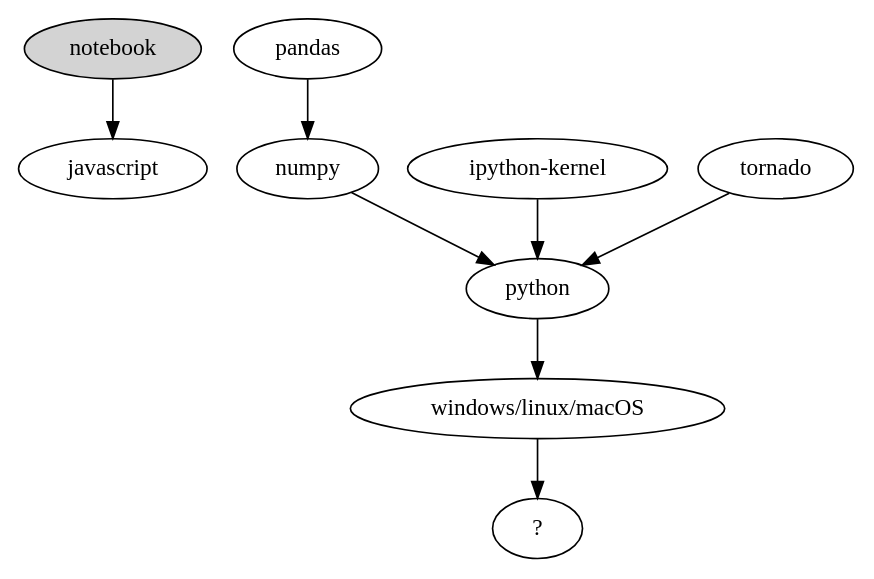
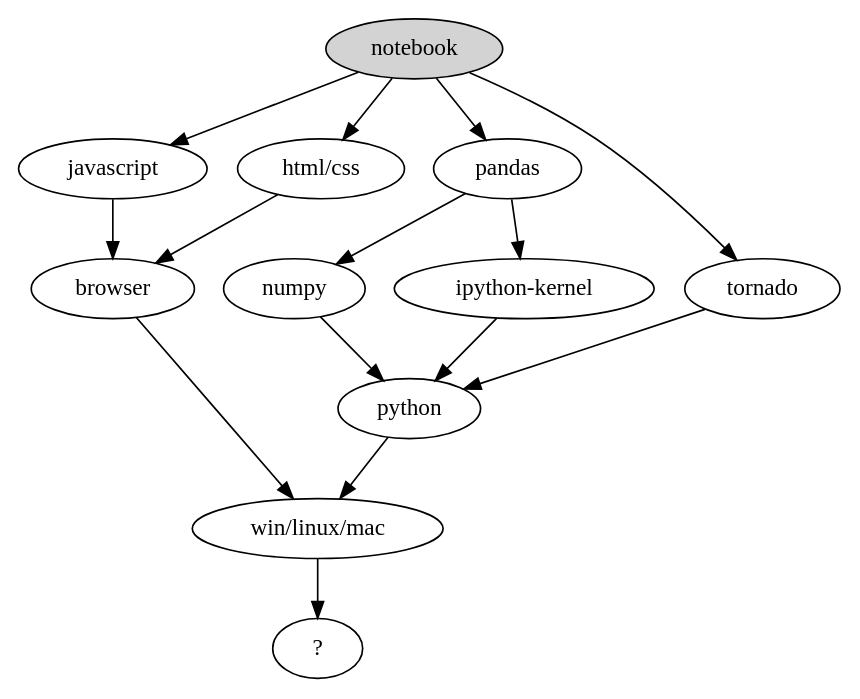
One commit to paulmaxus/dsc-seminar changed the third of 5 diagrams in slides.qmd. Above: the diagram before and after it, drawn with Graphviz. The commit also changed other lines of this file and 3 other files, not shown here.

````diff
--- a/slides.qmd
+++ b/slides.qmd
@@ -258,15 +268,22 @@
 ```{dot}
 digraph G {
     nb [label="notebook", style=filled]
-    nb -> javascript;
+    ts [label="javascript"]
+    html [label="html/css"]
+    nb -> ts -> browser;
+    nb -> html -> browser; 
+    browser -> os;
+    nb -> pandas;
+    nb -> tornado;
     pandas -> numpy
     numpy -> python;
     ipk [label="ipython-kernel"];
+    pandas -> ipk;
     ipk -> python;
     tornado -> python;
     python -> os;
-    os [label="windows/linux/macOS"];
+    os [label="win/linux/mac"];
     os -> platform;
     platform [label="?"];
 }
 ```
````
